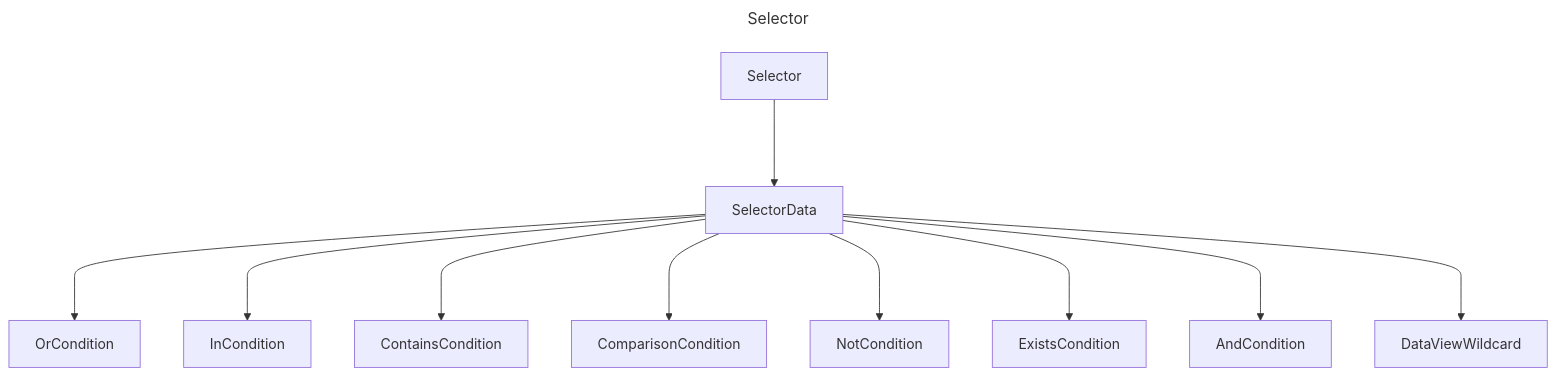
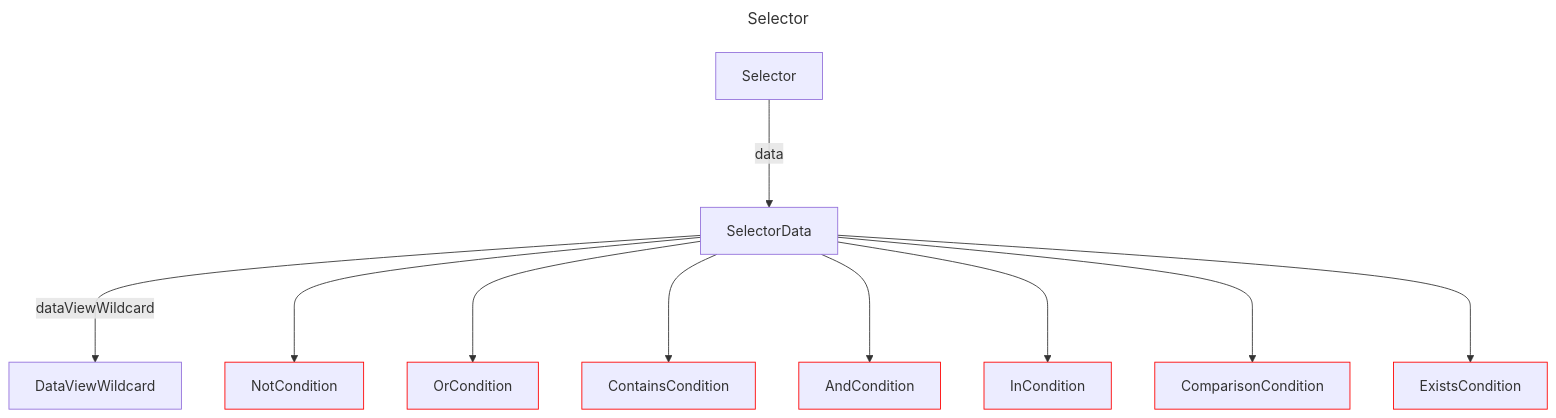
Before and after one commit to douglassimonsen/pbi_core: the diagram in docs/docs/layout/erd/Selector.md, drawn with Mermaid. The commit also changed 77 other files, not shown here.

Commit message:
Updated to color code the layout ERD

````diff
--- a/docs/docs/layout/erd/Selector.md
+++ b/docs/docs/layout/erd/Selector.md
@@ -1,25 +1,32 @@
 ```mermaid
 ---
 title: Selector
 ---
 graph 
-2721641843232["AndCondition"]
-2721642095040["ComparisonCondition"]
-2722076168976["Selector"]
-2721642083328["InCondition"]
-2721641850064["ExistsCondition"]
-2721642084304["NotCondition"]
-2721642068688["ContainsCondition"]
-2722076152384["SelectorData"]
-2722076155312["DataViewWildcard"]
-2721641844208["OrCondition"]
-2722076152384 ---> 2721641844208
-2722076152384 ---> 2721642083328
-2722076152384 ---> 2721642068688
-2722076152384 ---> 2721642095040
-2722076152384 ---> 2721642084304
-2722076152384 ---> 2721641850064
-2722076152384 ---> 2721641843232
-2722076152384 ---> 2722076155312
-2722076168976 ---> 2722076152384
+2430071874368["ComparisonCondition"]
+style 2430071874368 stroke:#ff0000,stroke-width:1px
+2430071846064["ContainsCondition"]
+style 2430071846064 stroke:#ff0000,stroke-width:1px
+2430071879248["OrCondition"]
+style 2430071879248 stroke:#ff0000,stroke-width:1px
+2430071880224["NotCondition"]
+style 2430071880224 stroke:#ff0000,stroke-width:1px
+2430071878272["ExistsCondition"]
+style 2430071878272 stroke:#ff0000,stroke-width:1px
+2430071761152["DataViewWildcard"]
+2430071745536["Selector"]
+2430071747488["SelectorData"]
+2430071854848["InCondition"]
+style 2430071854848 stroke:#ff0000,stroke-width:1px
+2430071876320["AndCondition"]
+style 2430071876320 stroke:#ff0000,stroke-width:1px
+2430071745536 --->|data| 2430071747488
+2430071747488 --->|dataViewWildcard| 2430071761152
+2430071747488 ---> 2430071880224
+2430071747488 ---> 2430071879248
+2430071747488 ---> 2430071846064
+2430071747488 ---> 2430071876320
+2430071747488 ---> 2430071854848
+2430071747488 ---> 2430071874368
+2430071747488 ---> 2430071878272
 ```
````
